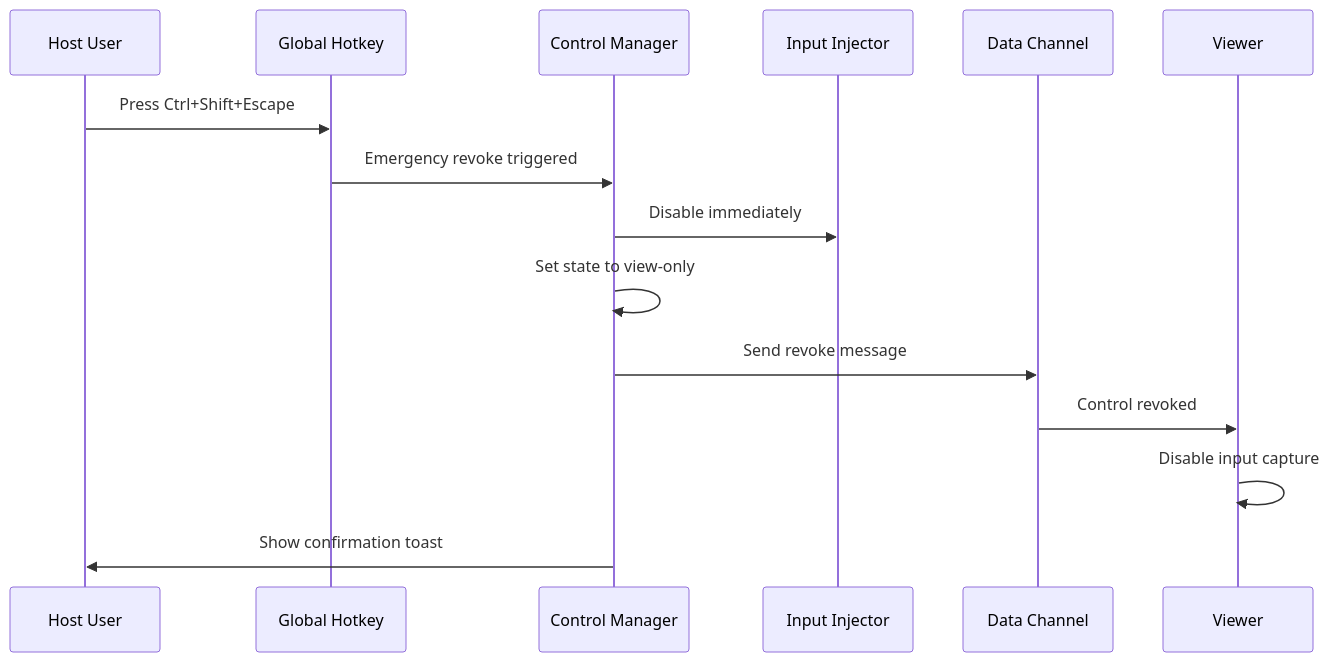
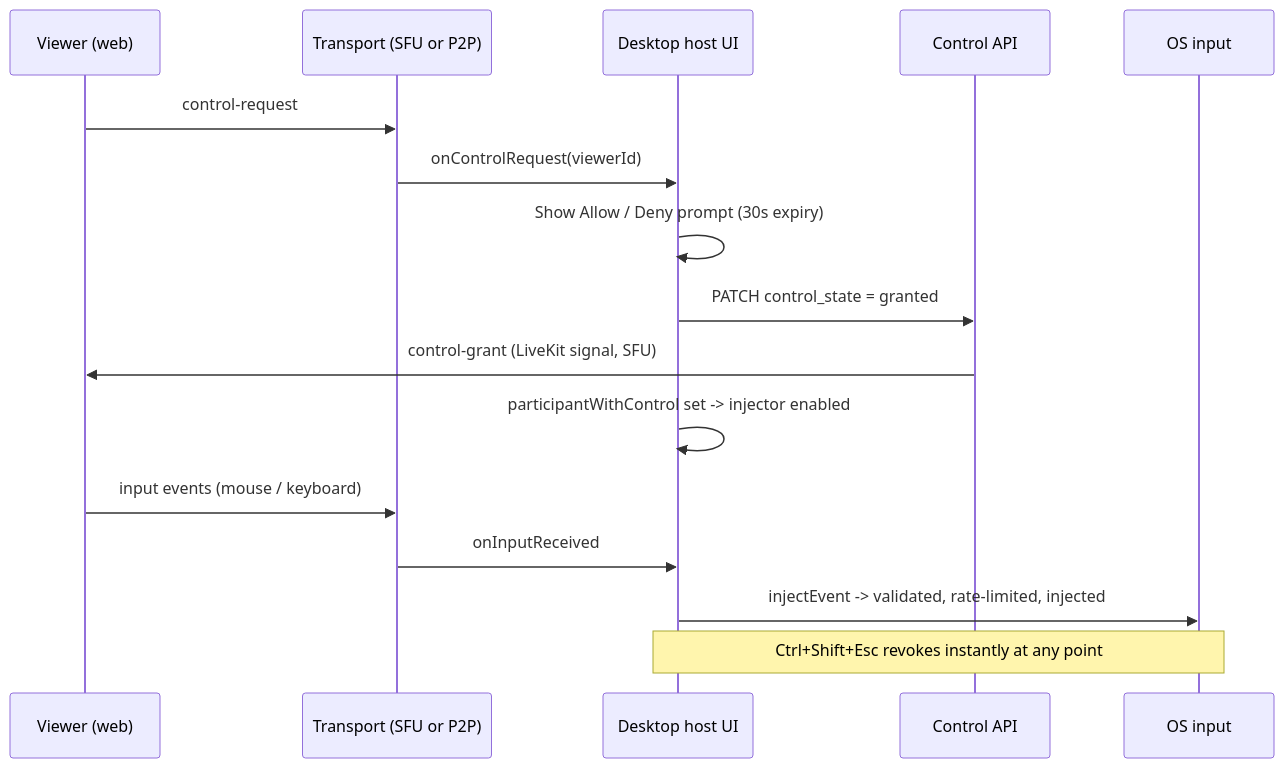
The diagram in docs/REMOTE-CONTROL.md (profullstack/pairux.com), drawn with Mermaid before and after one commit. The commit also changed other lines of this file and 34 other files, not shown here.

````diff
--- a/docs/REMOTE-CONTROL.md
+++ b/docs/REMOTE-CONTROL.md
@@ -796,18 +38,19 @@
 ```mermaid
 sequenceDiagram
-    participant User as Host User
-    participant Hotkey as Global Hotkey
-    participant Control as Control Manager
-    participant Injector as Input Injector
-    participant DataChannel as Data Channel
-    participant Viewer as Viewer
+    participant V as Viewer (web)
+    participant T as Transport (SFU or P2P)
+    participant H as Desktop host UI
+    participant API as Control API
+    participant OS as OS input
 
-    User->>Hotkey: Press Ctrl+Shift+Escape
-    Hotkey->>Control: Emergency revoke triggered
-    Control->>Injector: Disable immediately
-    Control->>Control: Set state to view-only
-    Control->>DataChannel: Send revoke message
-    DataChannel->>Viewer: Control revoked
-    Viewer->>Viewer: Disable input capture
-    Control->>User: Show confirmation toast
+    V->>T: control-request
+    T->>H: onControlRequest(viewerId)
+    H->>H: Show Allow / Deny prompt (30s expiry)
+    H->>API: PATCH control_state = granted
+    API->>V: control-grant (LiveKit signal, SFU)
+    H->>H: participantWithControl set -> injector enabled
+    V->>T: input events (mouse / keyboard)
+    T->>H: onInputReceived
+    H->>OS: injectEvent -> validated, rate-limited, injected
+    Note over H,OS: Ctrl+Shift+Esc revokes instantly at any point
 ```
````
